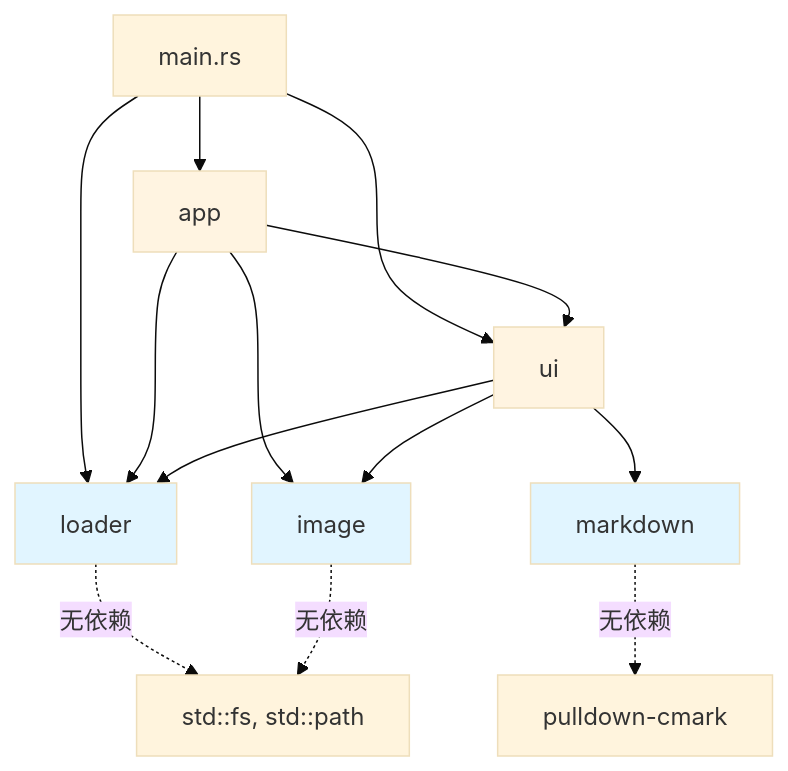
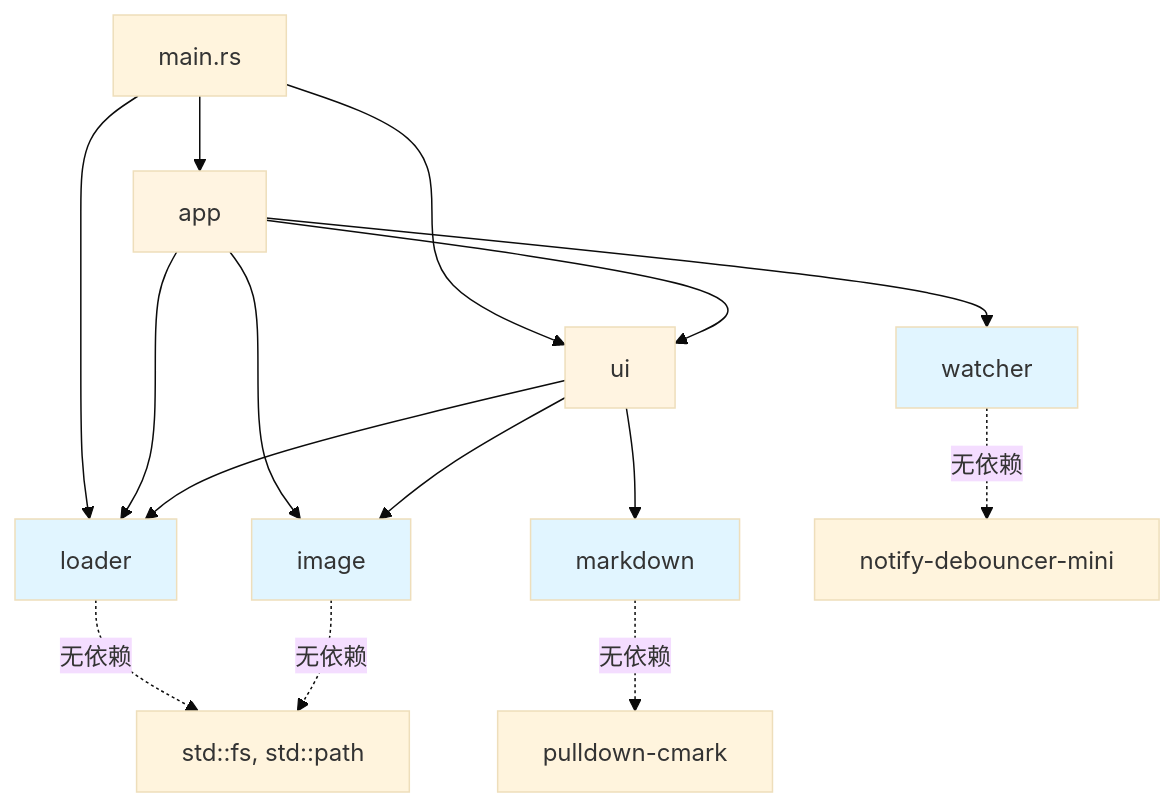
The diagram in docs/modules/index.md (Xpectuer/slidet), drawn with Mermaid (base theme) before and after one commit. The commit also changed other lines of this file and 13 other files, not shown here.

````diff
--- a/docs/modules/index.md
+++ b/docs/modules/index.md
@@ -45,24 +46,27 @@
 ```mermaid
 graph TD
     main[main.rs] --> loader
     main --> app
     main --> ui
 
     app --> loader
     app --> ui
     app --> image
+    app --> watcher
 
     ui --> image
     ui --> loader
     ui --> markdown
 
     loader -.->|无依赖| std[std::fs, std::path]
     markdown -.->|无依赖| pulldown[pulldown-cmark]
     image -.->|无依赖| std
+    watcher -.->|无依赖| notify[notify-debouncer-mini]
 
     style loader fill:#e1f5ff
     style markdown fill:#e1f5ff
     style image fill:#e1f5ff
+    style watcher fill:#e1f5ff
     style app fill:#fff4e1
     style ui fill:#fff4e1
 ```
````
